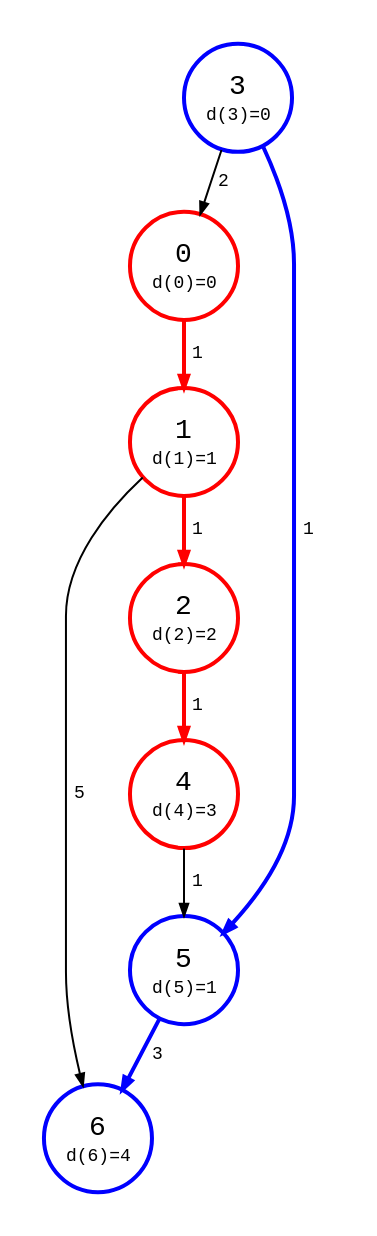
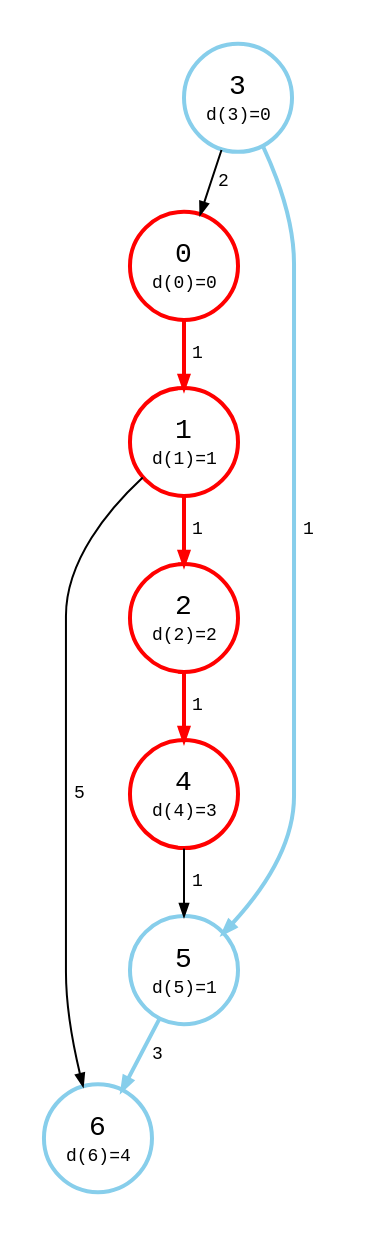
One commit to bsdrks/graaf-images changed the diagram in src/dijkstra_dist_multi_source_1-0.87.4.dot. Above: the diagram before and after it, drawn with Graphviz. The commit also changed 27 other files, not shown here.

Commit message:
fix bryr_3, change blue to skyblue

```diff
--- a/src/dijkstra_dist_multi_source_1-0.87.4.dot
+++ b/src/dijkstra_dist_multi_source_1-0.87.4.dot
@@ -10,7 +10,7 @@
     // splines=line
 
     0, 1, 2, 4 [color=red];
-    3, 5, 6 [color=blue];
+    3, 5, 6 [color=skyblue];
 
     0 [
         label=<
@@ -185,7 +185,7 @@
 
     3 -> 5 [
         style=bold, 
-        color=blue, 
+        color=skyblue, 
         label=<
             <table border="0" cellpadding="4" cellspacing="0">
                 <tr>
@@ -197,7 +197,7 @@
 
     5 -> 6 [
         style=bold, 
-        color=blue, 
+        color=skyblue, 
         label=<
             <table border="0" cellpadding="2" cellspacing="0">
                 <tr>
```
